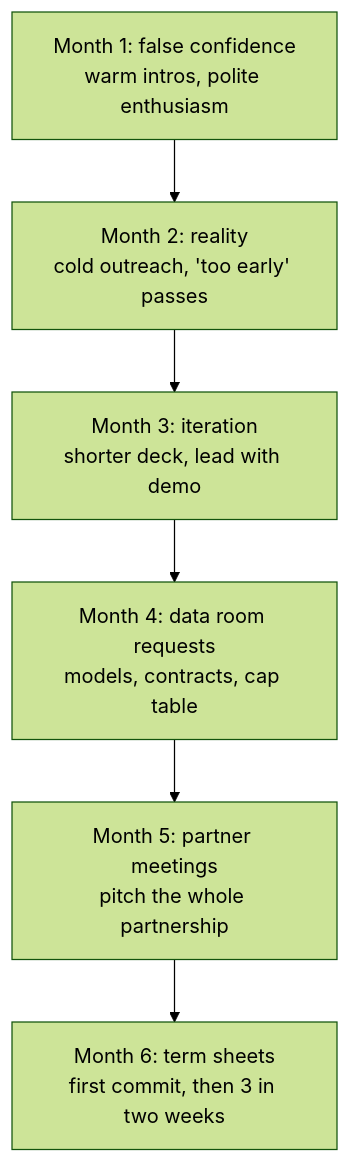
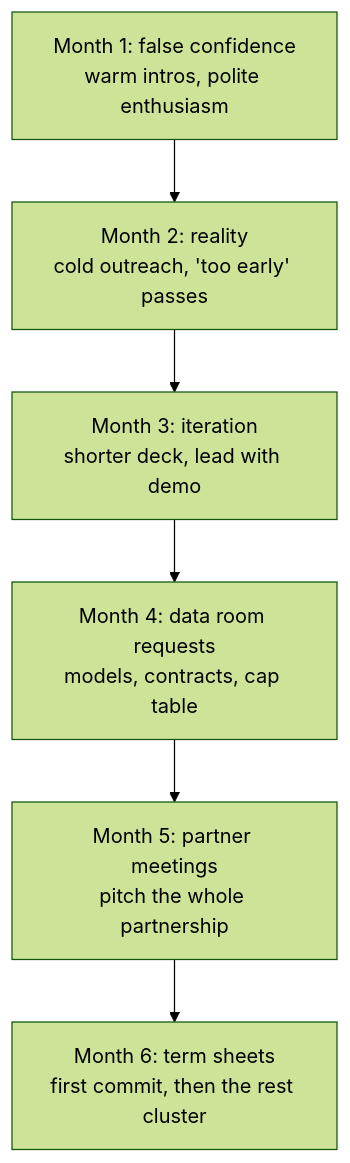
One commit to prasadus92/prasadus92.github.io changed the second of 2 diagrams in src/content/blog/raising-seed-round.md. Above: the diagram before and after it, drawn with Mermaid (forest theme). The commit also changed other lines of this file and 2 other files, not shown here.

````diff
--- a/src/content/blog/raising-seed-round.md
+++ b/src/content/blog/raising-seed-round.md
@@ -127,8 +138,8 @@
 ```mermaid
 flowchart TD
     m1["Month 1: false confidence<br/>warm intros, polite enthusiasm"] --> m2["Month 2: reality<br/>cold outreach, 'too early' passes"]
     m2 --> m3["Month 3: iteration<br/>shorter deck, lead with demo"]
     m3 --> m4["Month 4: data room requests<br/>models, contracts, cap table"]
     m4 --> m5["Month 5: partner meetings<br/>pitch the whole partnership"]
-    m5 --> m6["Month 6: term sheets<br/>first commit, then 3 in two weeks"]
+    m5 --> m6["Month 6: term sheets<br/>first commit, then the rest cluster"]
 ```
````
